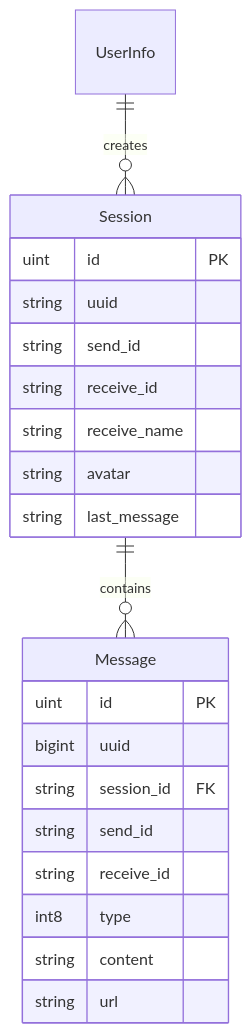
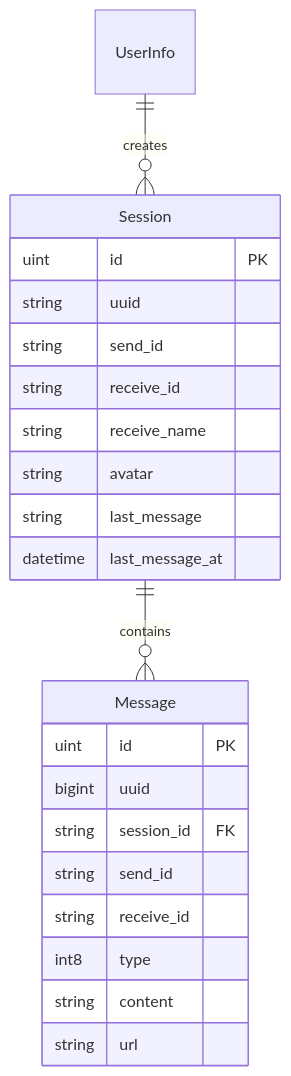
One commit to liusonglei796/chat-server changed the diagram in tutorial/08_会话与消息模型.md. Above: the diagram before and after it, drawn with Mermaid. The commit also changed other lines of this file and 24 other files, not shown here.

````diff
--- a/tutorial/08_会话与消息模型.md
+++ b/tutorial/08_会话与消息模型.md
@@ -17,26 +17,27 @@
 ```mermaid
 erDiagram
     UserInfo ||--o{ Session : creates
     Session ||--o{ Message : contains
     
     Session {
         uint id PK
         string uuid
         string send_id
         string receive_id
         string receive_name
         string avatar
         string last_message
+        datetime last_message_at
     }
     
     Message {
         uint id PK
         bigint uuid
         string session_id FK
         string send_id
         string receive_id
         int8 type
         string content
         string url
     }
 ```
````
